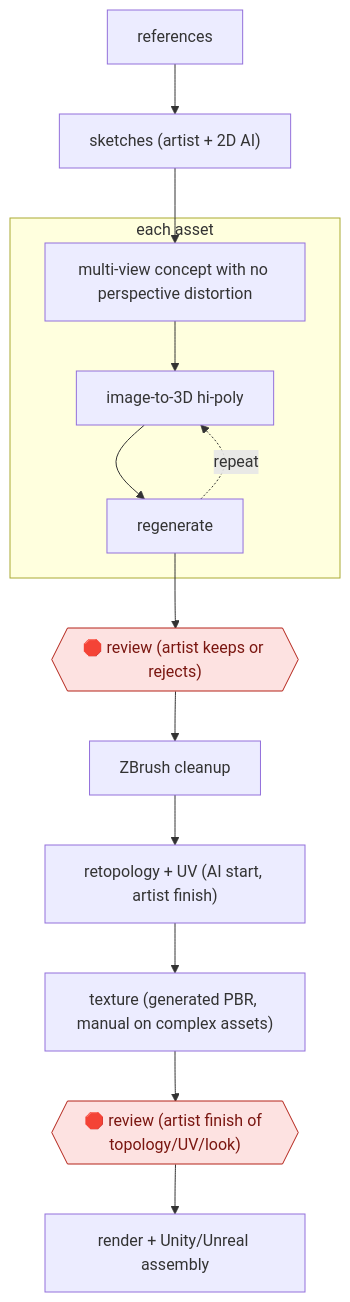
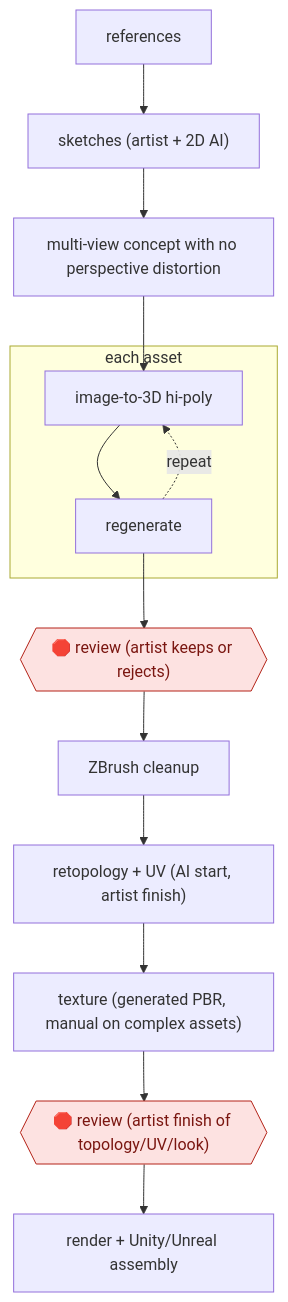
One commit to milesradford99/agent-workflow-atlas changed the diagram in workflows/CRE/MED/GAMEART/image-to-3d-asset-packs/README.md. Above: the diagram before and after it, drawn with Mermaid. The commit also changed other lines of this file and 171 other files, not shown here.

````diff
--- a/workflows/CRE/MED/GAMEART/image-to-3d-asset-packs/README.md
+++ b/workflows/CRE/MED/GAMEART/image-to-3d-asset-packs/README.md
@@ -31,28 +31,28 @@
 ```mermaid
 flowchart TD
   n1["references"]
   n2["sketches (artist + 2D AI)"]
-  n1 --> n2
   n3["multi-view concept with no perspective distortion"]
-  n2 --> n3
   subgraph s4["each asset"]
   n5["image-to-3D hi-poly"]
+  n6["regenerate"]
+  end
+  n7{{"🛑 review (artist keeps or rejects)"}}:::stop
+  n8["ZBrush cleanup"]
+  n9["retopology + UV (AI start, artist finish)"]
+  n10["texture (generated PBR, manual on complex assets)"]
+  n11{{"🛑 review (artist finish of topology/UV/look)"}}:::stop
+  n12["render + Unity/Unreal assembly"]
+  n1 --> n2
+  n2 --> n3
   n3 --> n5
-  n6["regenerate"]
   n5 --> n6
   n6 -.->|repeat| n5
-  end
-  n7{{"🛑 review (artist keeps or rejects)"}}:::stop
   n6 --> n7
-  n8["ZBrush cleanup"]
   n7 --> n8
-  n9["retopology + UV (AI start, artist finish)"]
   n8 --> n9
-  n10["texture (generated PBR, manual on complex assets)"]
   n9 --> n10
-  n11{{"🛑 review (artist finish of topology/UV/look)"}}:::stop
   n10 --> n11
-  n12["render + Unity/Unreal assembly"]
   n11 --> n12
   classDef stop fill:#fde2e1,stroke:#b42318,color:#7a1610
 ```
````
